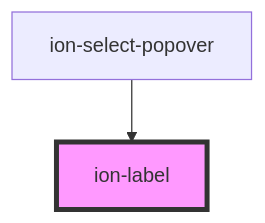
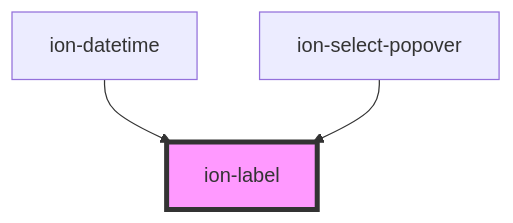
Before and after one commit to Ryu9425/ang_ionic: the diagram in core/src/components/label/readme.md, drawn with Mermaid. The commit also changed other lines of this file and 62 other files, not shown here.

````diff
--- a/core/src/components/label/readme.md
+++ b/core/src/components/label/readme.md
@@ -309,5 +310,6 @@
 ```mermaid
 graph TD;
+  ion-datetime --> ion-label
   ion-select-popover --> ion-label
   style ion-label fill:#f9f,stroke:#333,stroke-width:4px
 ```
````
